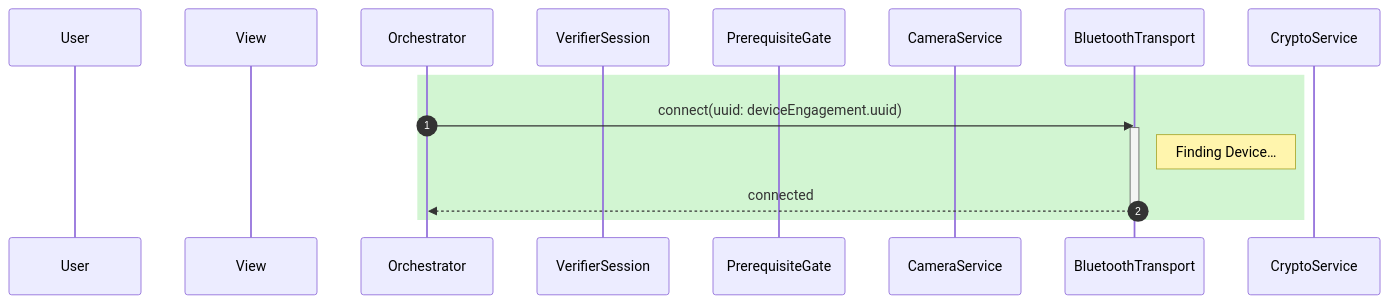
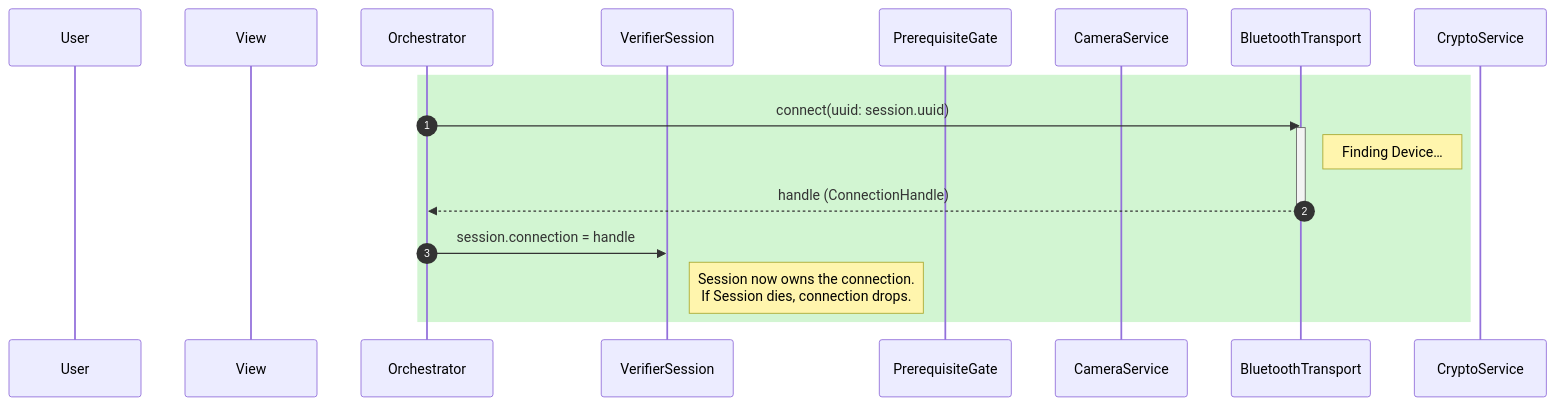
One commit to govuk-one-login/mobile-credential-sharing-docs changed the fourth of 8 diagrams in verifier-solution-architecture.md. Above: the diagram before and after it, drawn with Mermaid. The commit also changed other lines of this file, not shown here.

Commit message:
updates to verifier solution architecture to match holder

````diff
--- a/verifier-solution-architecture.md
+++ b/verifier-solution-architecture.md
@@ -351,23 +376,26 @@
 ```mermaid
 sequenceDiagram
     autonumber
     
     participant User
     participant UI as View
     participant OR as Orchestrator
     participant VS as VerifierSession
     participant PG as PrerequisiteGate
     participant CAM as CameraService
     participant BLE as BluetoothTransport
     participant CRY as CryptoService
 
     rect rgb(210, 245, 210)
 
-    OR->>BLE: connect(uuid: deviceEngagement.uuid)
+    OR->>BLE: connect(uuid: session.uuid)
     activate BLE
     Note right of BLE: Finding Device…
-    BLE-->>OR: connected
+    BLE-->>OR: handle (ConnectionHandle)
     deactivate BLE
+    
+    OR->>VS: session.connection = handle
+    Note right of VS: Session now owns the connection.<br/>If Session dies, connection drops.
      
     end
 ```
````
